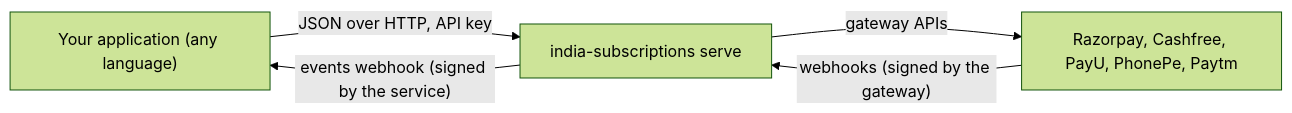
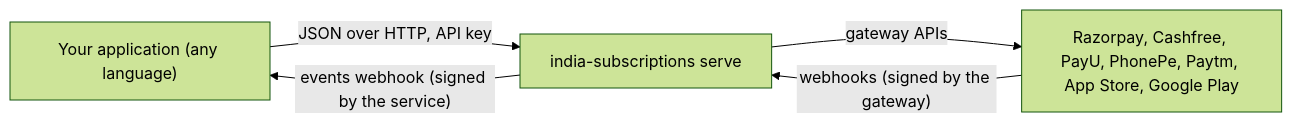
Before and after one commit to arjun-vegeta/india-subscriptions: the diagram in docs/getting-started/any-language.md, drawn with Mermaid (forest theme). The commit also changed other lines of this file and 19 other files, not shown here.

````diff
--- a/docs/getting-started/any-language.md
+++ b/docs/getting-started/any-language.md
@@ -7,7 +7,7 @@
 ```mermaid
 flowchart LR
   App["Your application (any language)"] -- "JSON over HTTP, API key" --> Svc["india-subscriptions serve"]
-  Svc -- "gateway APIs" --> GW["Razorpay, Cashfree, PayU, PhonePe, Paytm"]
+  Svc -- "gateway APIs" --> GW["Razorpay, Cashfree, PayU, PhonePe, Paytm, App Store, Google Play"]
   GW -- "webhooks (signed by the gateway)" --> Svc
   Svc -- "events webhook (signed by the service)" --> App
 ```
````
